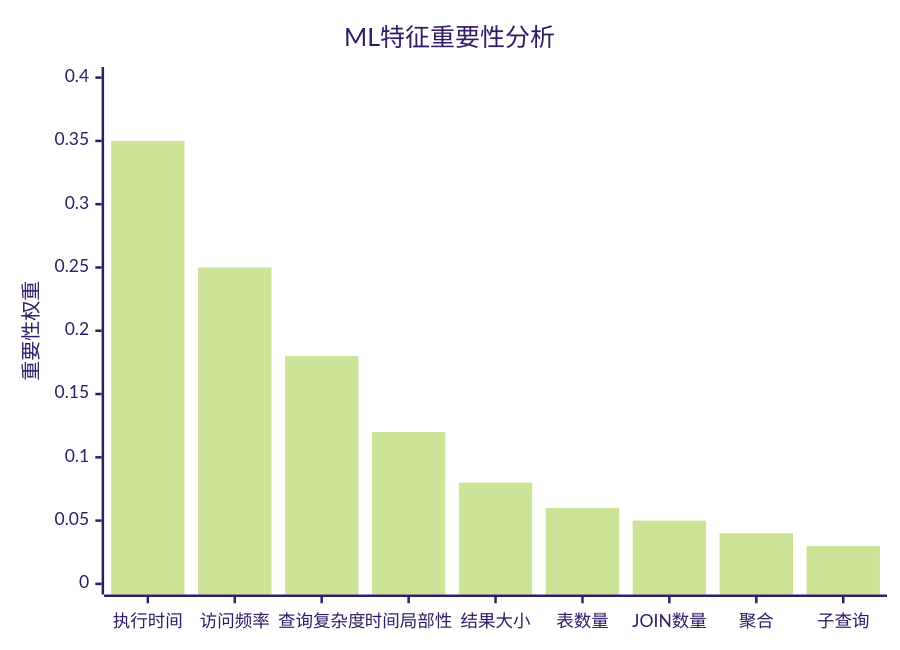
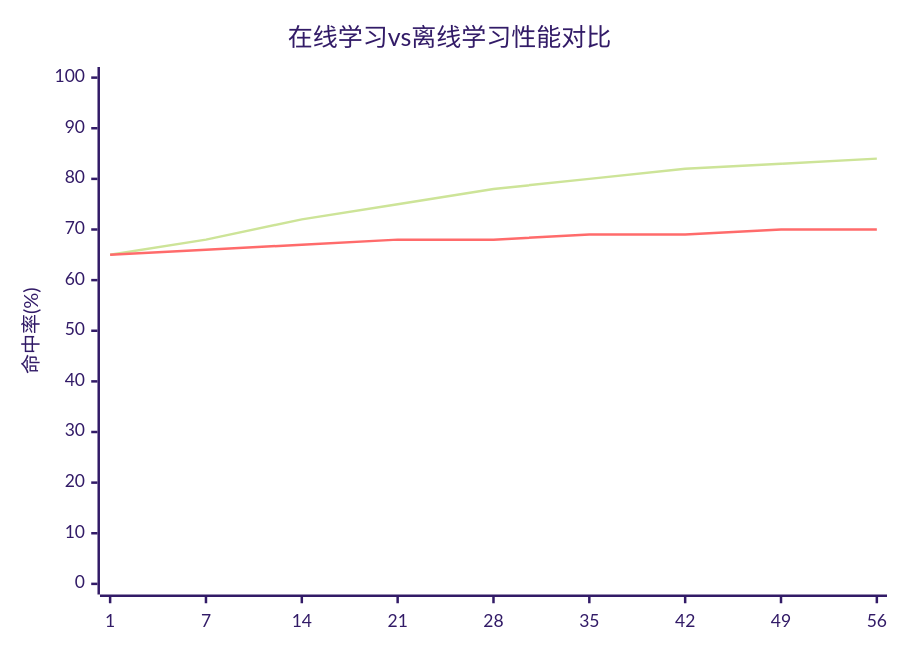
One commit to crazypenguincode/duckdb changed diagram 19 of 25 in md/第五章-实验与分析.md. Above: the diagram before and after it, drawn with Mermaid (forest theme). The commit also changed other lines of this file and 361 other files, not shown here.

````diff
--- a/md/第五章-实验与分析.md
+++ b/md/第五章-实验与分析.md
@@ -744,7 +589,8 @@
 ```mermaid
 xychart-beta
-    title "ML特征重要性分析"
-    x-axis ["执行时间", "访问频率", "查询复杂度", "时间局部性", "结果大小", "表数量", "JOIN数量", "聚合", "子查询"]
-    y-axis "重要性权重" 0 --> 0.4
-    bar [0.35, 0.25, 0.18, 0.12, 0.08, 0.06, 0.05, 0.04, 0.03]
+    title "在线学习vs离线学习性能对比"
+    x-axis [1, 7, 14, 21, 28, 35, 42, 49, 56]
+    y-axis "命中率(%)" 0 --> 100
+    line [65, 68, 72, 75, 78, 80, 82, 83, 84]
+    line [65, 66, 67, 68, 68, 69, 69, 70, 70]
 ```
````
